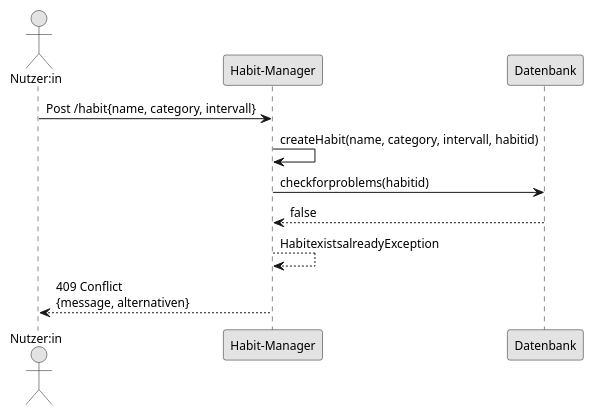
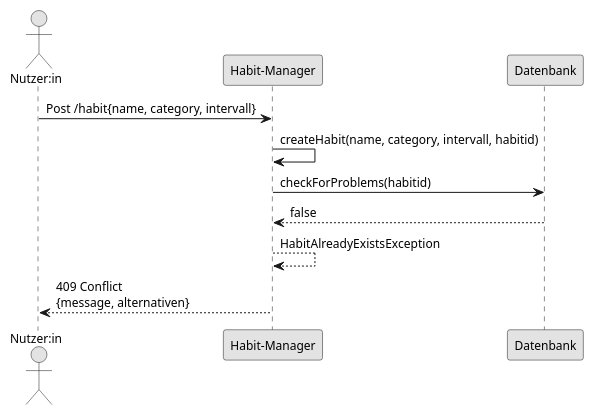
The fourth of 5 diagrams in docs/technical/design.adoc (nac1dy/Habit-Tracker), drawn with PlantUML before and after one commit. The commit also changed other lines of this file and 1 other file, not shown here.

```diff
--- a/docs/technical/design.adoc
+++ b/docs/technical/design.adoc
@@ -205,19 +206,19 @@
 [plantuml, sequence-conflict, svg]
 ....
 @startuml
 skinparam monochrome true
 skinparam defaultFontSize 12
 
 actor "Nutzer:in" as user
 participant "Habit-Manager" as ctrl
 participant "Datenbank" as repo
 
 user -> ctrl : Post /habit{name, category, intervall}
 ctrl -> ctrl : createHabit(name, category, intervall, habitid)
-ctrl -> repo : checkforproblems(habitid)
+ctrl -> repo : checkForProblems(habitid)
 repo --> ctrl : false
-ctrl --> ctrl : HabitexistsalreadyException
+ctrl --> ctrl : HabitAlreadyExistsException
 ctrl --> user : 409 Conflict\n{message, alternativen}
 
 @enduml
 ....
```
